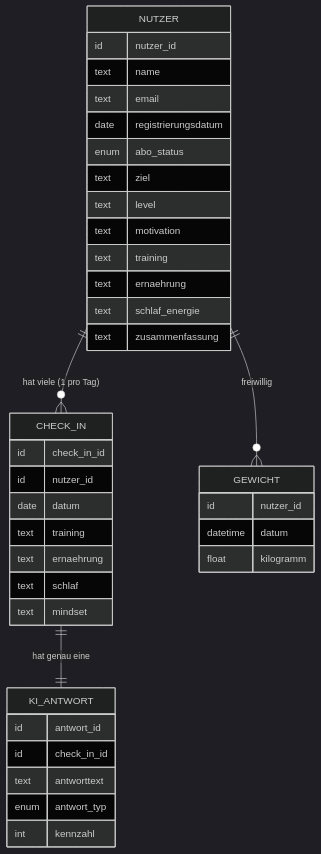
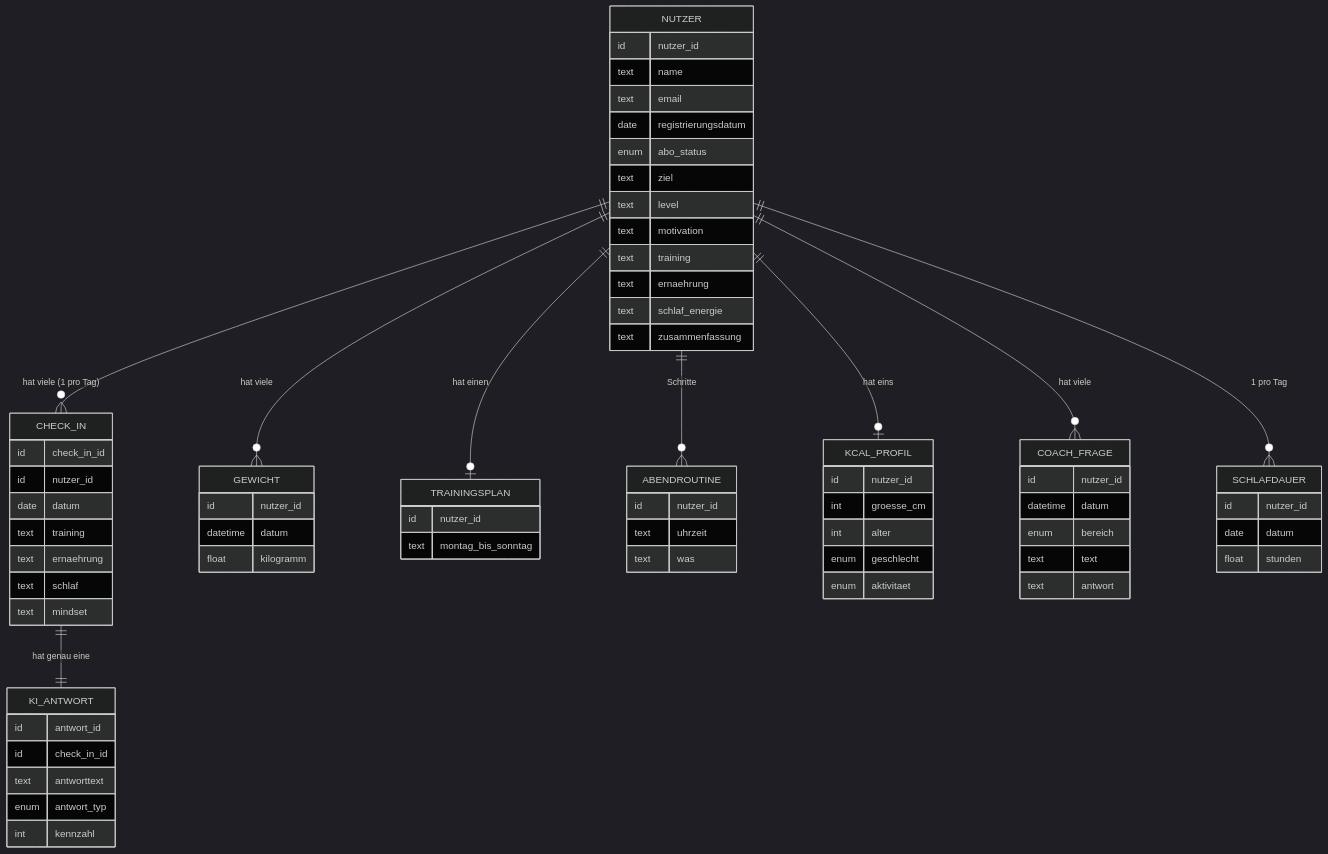
Before and after one commit to phillipzxk/App: the diagram in Datenstruktur/Datenmodell.md, drawn with Mermaid (dark theme). The commit also changed other lines of this file and 31 other files, not shown here.

````diff
--- a/Datenstruktur/Datenmodell.md
+++ b/Datenstruktur/Datenmodell.md
@@ -12,41 +12,74 @@
 ```mermaid
 erDiagram
     NUTZER ||--o{ CHECK_IN : "hat viele (1 pro Tag)"
     CHECK_IN ||--|| KI_ANTWORT : "hat genau eine"
-    NUTZER ||--o{ GEWICHT : "freiwillig"
+    NUTZER ||--o{ GEWICHT : "hat viele"
+    NUTZER ||--o| TRAININGSPLAN : "hat einen"
+    NUTZER ||--o{ ABENDROUTINE : "Schritte"
+    NUTZER ||--o| KCAL_PROFIL : "hat eins"
+    NUTZER ||--o{ COACH_FRAGE : "hat viele"
+    NUTZER ||--o{ SCHLAFDAUER : "1 pro Tag"
     NUTZER {
         id nutzer_id
         text name
         text email
         date registrierungsdatum
         enum abo_status
         text ziel
         text level
         text motivation
         text training
         text ernaehrung
         text schlaf_energie
         text zusammenfassung
     }
     CHECK_IN {
         id check_in_id
         id nutzer_id
         date datum
         text training
         text ernaehrung
         text schlaf
         text mindset
     }
     GEWICHT {
         id nutzer_id
         datetime datum
         float kilogramm
     }
+    TRAININGSPLAN {
+        id nutzer_id
+        text montag_bis_sonntag
+    }
+    ABENDROUTINE {
+        id nutzer_id
+        text uhrzeit
+        text was
+    }
+    KCAL_PROFIL {
+        id nutzer_id
+        int groesse_cm
+        int alter
+        enum geschlecht
+        enum aktivitaet
+    }
+    SCHLAFDAUER {
+        id nutzer_id
+        date datum
+        float stunden
+    }
+    COACH_FRAGE {
+        id nutzer_id
+        datetime datum
+        enum bereich
+        text text
+        text antwort
+    }
     KI_ANTWORT {
         id antwort_id
         id check_in_id
         text antworttext
         enum antwort_typ
         int kennzahl
     }
 ```
````
